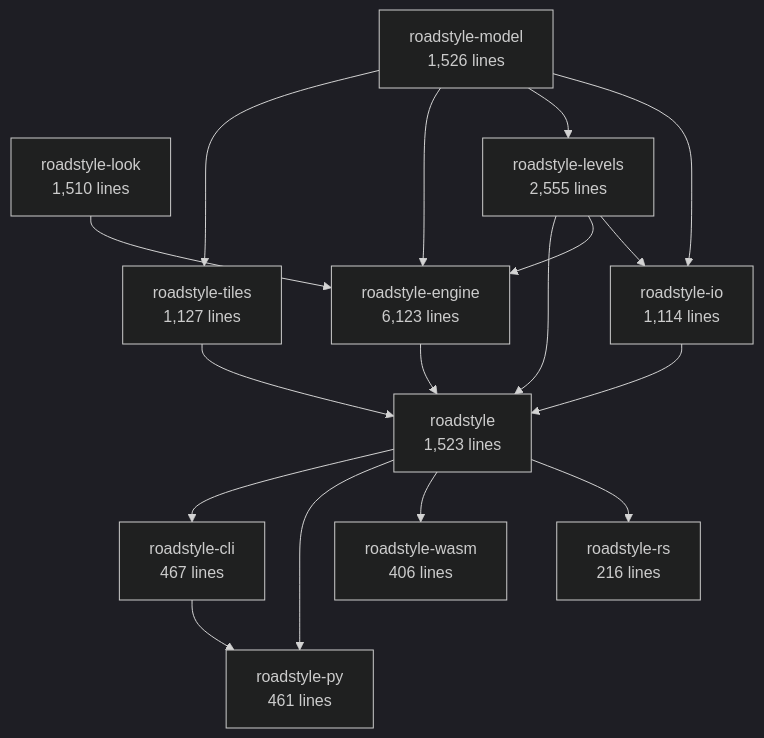
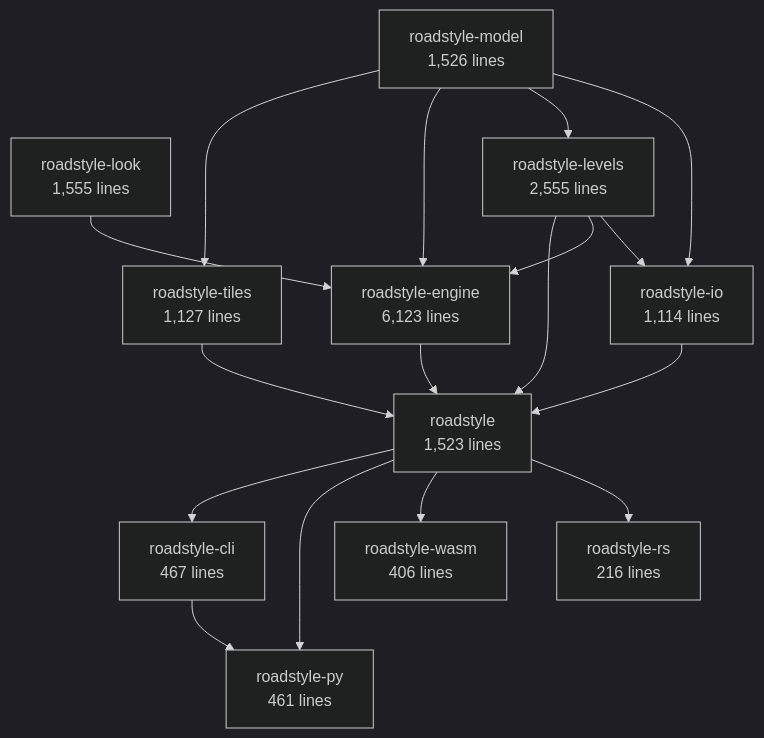
Before and after one commit to Khoshkhah/roadstyle: the second of 6 diagrams in docs/rust/architecture.md, drawn with Mermaid (dark theme). The commit also changed other lines of this file and 13 other files, not shown here.

First line of the commit message:
Typed errors: roadstyle-look's one error enum (roadstyle_look::Error)

````diff
--- a/docs/rust/architecture.md
+++ b/docs/rust/architecture.md
@@ -69,30 +69,30 @@
 ```mermaid
 flowchart TB
     roadstyle_model["roadstyle-model<br/>1,526 lines"]
-    roadstyle_look["roadstyle-look<br/>1,510 lines"]
+    roadstyle_look["roadstyle-look<br/>1,555 lines"]
     roadstyle_io["roadstyle-io<br/>1,114 lines"]
     roadstyle_levels["roadstyle-levels<br/>2,555 lines"]
     roadstyle_engine["roadstyle-engine<br/>6,123 lines"]
     roadstyle_tiles["roadstyle-tiles<br/>1,127 lines"]
     roadstyle["roadstyle<br/>1,523 lines"]
     roadstyle_rs["roadstyle-rs<br/>216 lines"]
     roadstyle_wasm["roadstyle-wasm<br/>406 lines"]
     roadstyle_py["roadstyle-py<br/>461 lines"]
     roadstyle_cli["roadstyle-cli<br/>467 lines"]
     roadstyle_levels --> roadstyle_io
     roadstyle_model --> roadstyle_io
     roadstyle_model --> roadstyle_levels
     roadstyle_levels --> roadstyle_engine
     roadstyle_look --> roadstyle_engine
     roadstyle_model --> roadstyle_engine
     roadstyle_model --> roadstyle_tiles
     roadstyle_engine --> roadstyle
     roadstyle_io --> roadstyle
     roadstyle_levels --> roadstyle
     roadstyle_tiles --> roadstyle
     roadstyle --> roadstyle_rs
     roadstyle --> roadstyle_wasm
     roadstyle --> roadstyle_py
     roadstyle_cli --> roadstyle_py
     roadstyle --> roadstyle_cli
 ```
````
